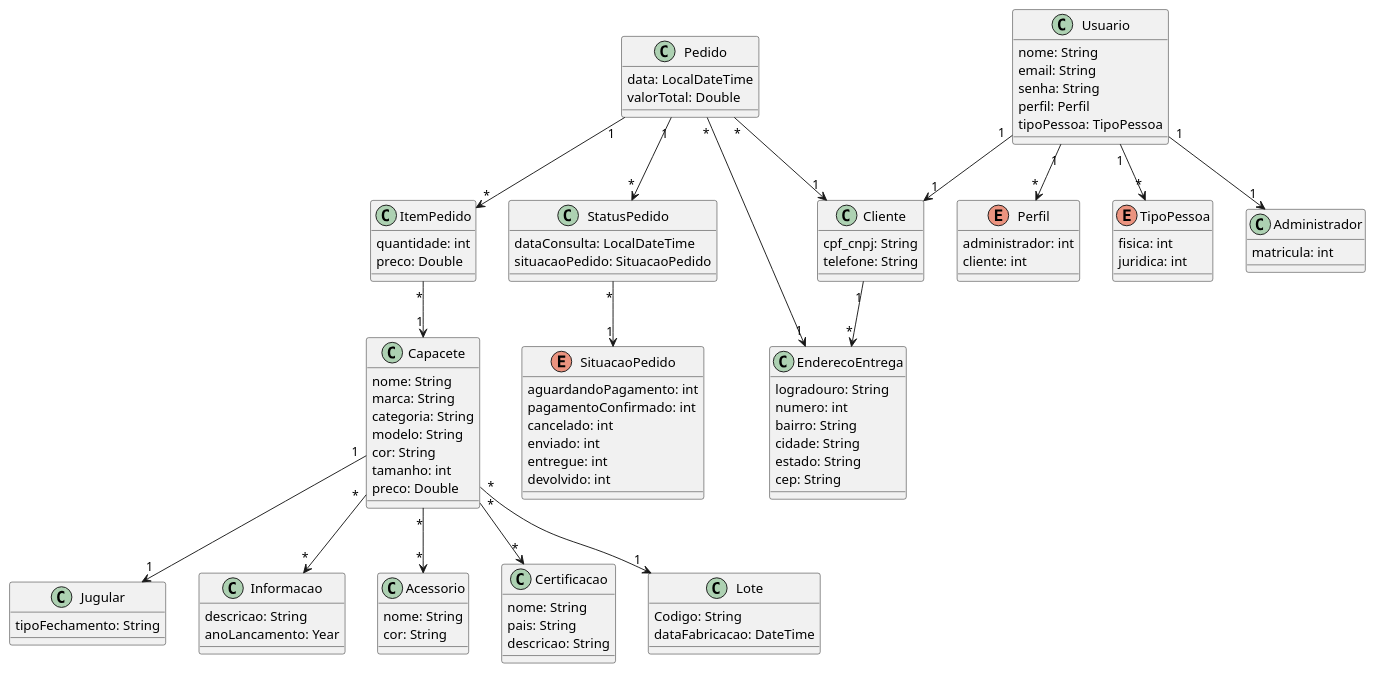
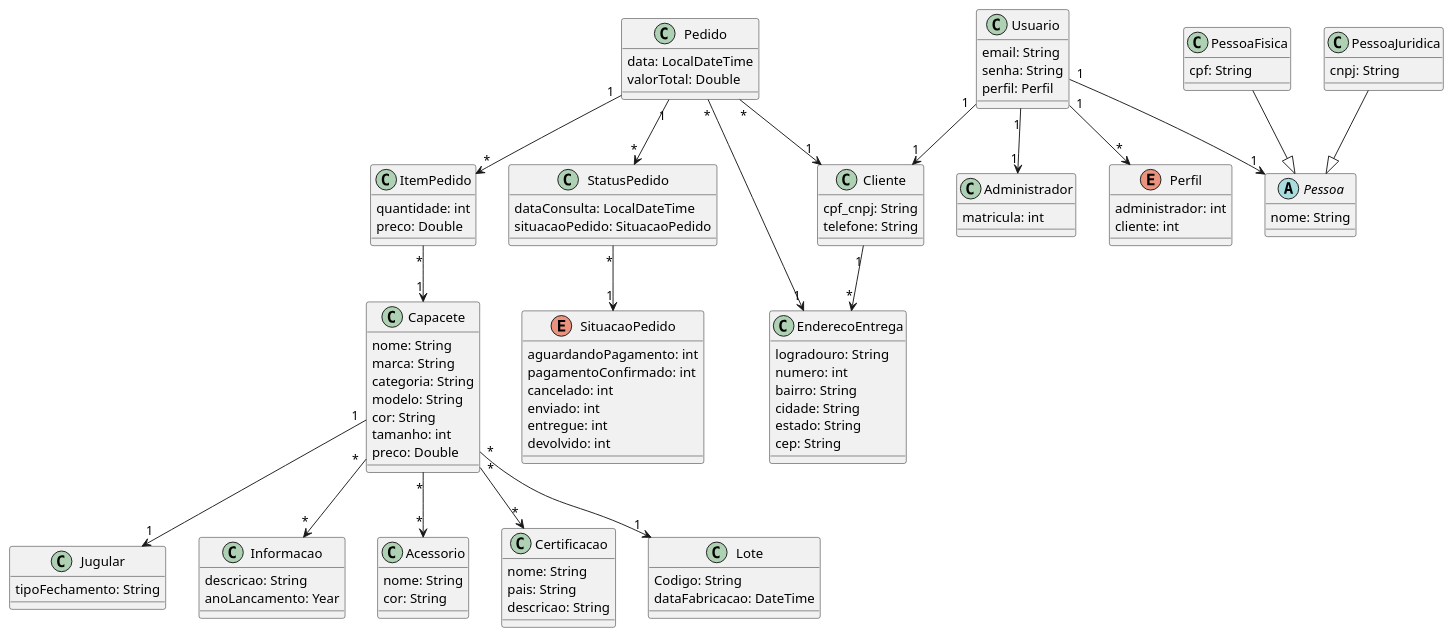
The diagram in src/main/java/br/unitins/tp1/diagrama_classe_t1.plantuml (Gilsiandry/tp1_ecommerce_capacete), drawn with PlantUML before and after one commit. The commit also changed 38 other files, not shown here.

```diff
--- a/src/main/java/br/unitins/tp1/diagrama_classe_t1.plantuml
+++ b/src/main/java/br/unitins/tp1/diagrama_classe_t1.plantuml
@@ -1,127 +1,137 @@
 @startuml
 
 class Capacete {
     nome: String
     marca: String
     categoria: String
     modelo: String
     cor: String
     tamanho: int
     preco: Double
 }
 
 class Jugular {
     tipoFechamento: String
     
 }
 
 class Informacao {
     descricao: String
     anoLancamento: Year
 }
 
 class Acessorio {
     nome: String
     cor: String
 }
 
 class Certificacao {
     nome: String
     pais: String
     descricao: String
 }
 
 class Lote {
     Codigo: String
     dataFabricacao: DateTime
 }
 
 
 
 class Usuario {
-    nome: String
     email: String
     senha: String
     perfil: Perfil
-    tipoPessoa: TipoPessoa
 }
 
 enum Perfil {
     administrador: int
     cliente: int
 }
 
-enum TipoPessoa {
-    fisica: int
-    juridica: int
-}
-
 class Administrador {
     matricula: int
 }
+
+abstract Pessoa {
+    nome: String
+}
+
+class PessoaFisica{
+    cpf: String
+}
+
+class PessoaJuridica{
+    cnpj: String
+}
+
 
 class Cliente {
     cpf_cnpj: String
     telefone: String
 }
 
 
 class EnderecoEntrega {
     logradouro: String
     numero: int
     bairro: String
     cidade: String
     estado: String
     cep: String
 }
 
 
 class Pedido {
     data: LocalDateTime
     valorTotal: Double
 }
 
 class StatusPedido {
     dataConsulta: LocalDateTime
     situacaoPedido: SituacaoPedido
 }
 
 enum SituacaoPedido {
     aguardandoPagamento: int
     pagamentoConfirmado: int
     cancelado: int
     enviado: int
     entregue: int
     devolvido: int
 }
 
 class ItemPedido {
     quantidade: int
     preco: Double
 }
 
 
 'relacionamento
 
 Capacete "*" --> "*"Certificacao
 Capacete "*" --> "*" Acessorio
 Capacete "*" --> "*" Informacao
 Capacete "*" --> "1" Lote
 Capacete "1" --> "1" Jugular
 
 
 Usuario "1" --> "*" Perfil
-Usuario "1" --> "*" TipoPessoa
+Usuario "1" --> "1" Pessoa
 Usuario "1" --> "1" Cliente
 Usuario "1" --> "1" Administrador
 Cliente "1" --> "*" EnderecoEntrega
 
 
 Pedido "*" --> "1" Cliente
 Pedido "1" --> "*" StatusPedido
 Pedido "1" --> "*" ItemPedido
 Pedido "*" --> "1" EnderecoEntrega
 StatusPedido "*" --> "1" SituacaoPedido
 ItemPedido "*" --> "1" Capacete
 
+
+PessoaFisica --|> Pessoa
+PessoaJuridica --|> Pessoa
+
 @enduml
```
